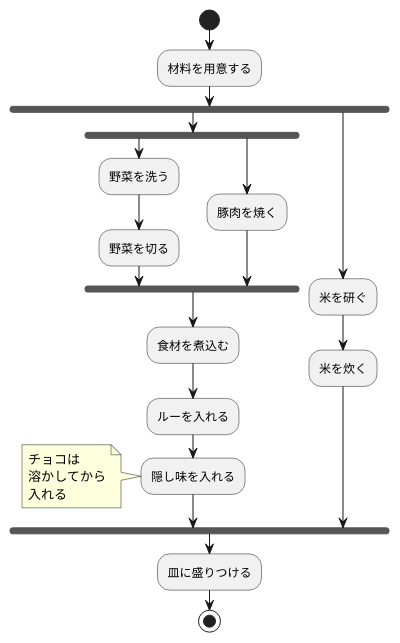
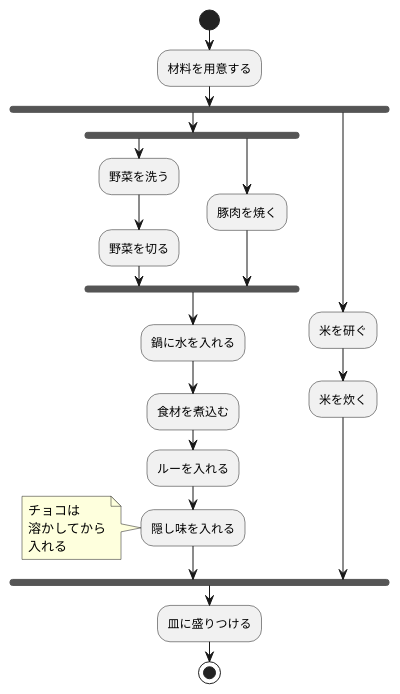
The diagram in 7章練習_ACカレーライス.pu (Aishin12/uml_introduction), drawn with PlantUML before and after one commit.

Commit message:
7章演習

```diff
--- a/7章練習_ACカレーライス.pu
+++ b/7章練習_ACカレーライス.pu
@@ -1,25 +1,26 @@
 @startuml カレーライス
 start
 :材料を用意する;
 fork
 fork 
 :野菜を洗う;
 :野菜を切る;
 fork again
 :豚肉を焼く;
 end fork
+:鍋に水を入れる;
 :食材を煮込む;
 :ルーを入れる;
 :隠し味を入れる;
 note left
 チョコは
 溶かしてから
 入れる
 end note
 fork again
 :米を研ぐ;
 :米を炊く;
 end fork
 :皿に盛りつける;
 stop
 @enduml
```
